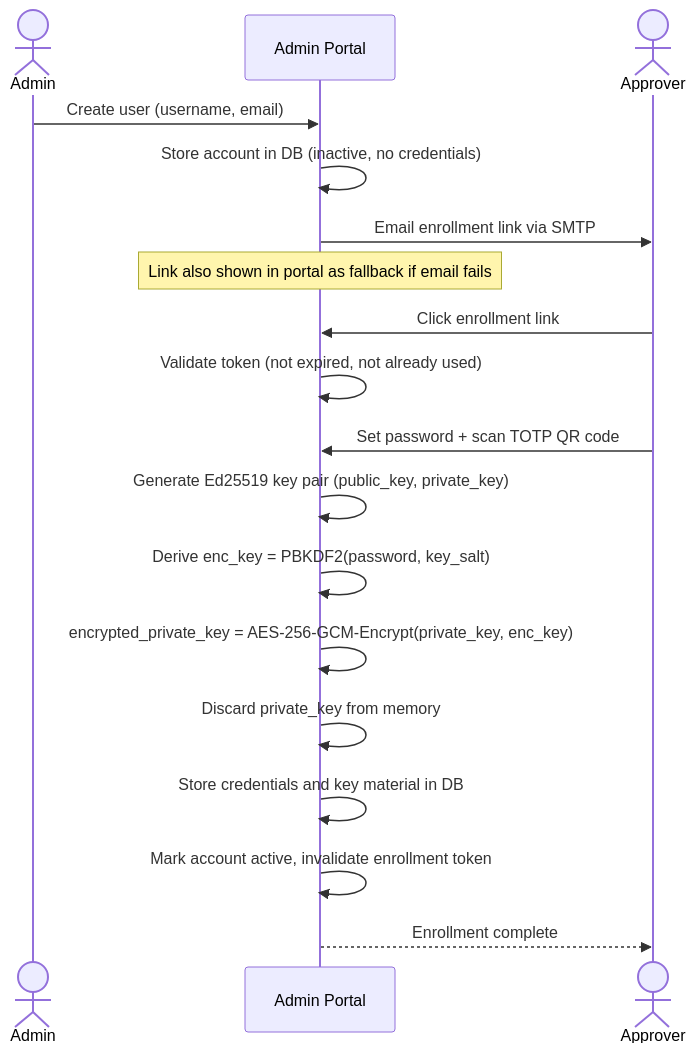
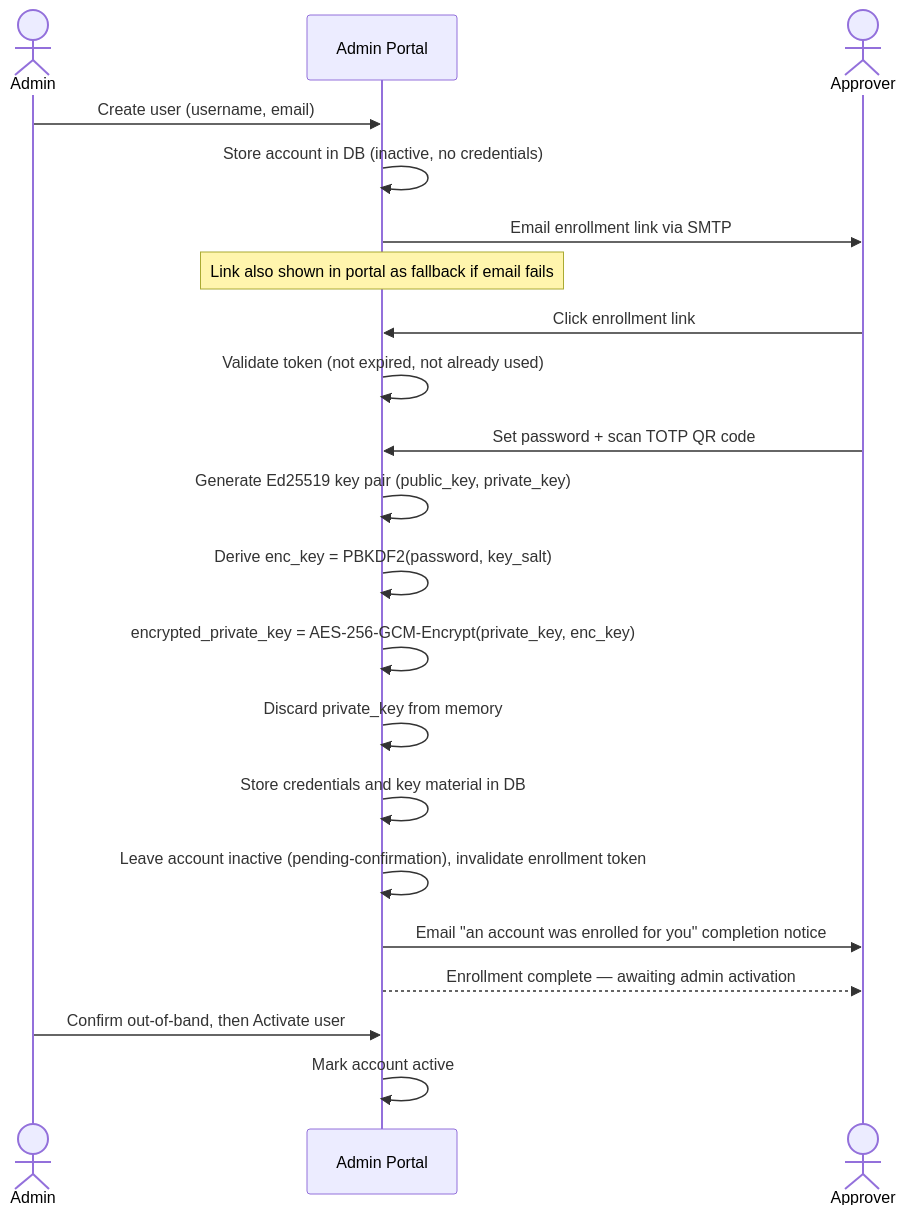
The diagram in docs/account-management.md (Ian-Costa18/Cybersecurity-Practicum), drawn with Mermaid before and after one commit. The commit also changed other lines of this file and 7 other files, not shown here.

First line of the commit message:
feat(accounts): out-of-band enrollment activation, IDENT-2 → ① (#128)

````diff
--- a/docs/account-management.md
+++ b/docs/account-management.md
@@ -96,21 +96,24 @@
 ```mermaid
 sequenceDiagram
     actor Admin
     participant Portal as Admin Portal
     actor Approver
 
     Admin->>Portal: Create user (username, email)
     Portal->>Portal: Store account in DB (inactive, no credentials)
     Portal->>Approver: Email enrollment link via SMTP
     Note over Portal: Link also shown in portal as fallback if email fails
     Approver->>Portal: Click enrollment link
     Portal->>Portal: Validate token (not expired, not already used)
     Approver->>Portal: Set password + scan TOTP QR code
     Portal->>Portal: Generate Ed25519 key pair (public_key, private_key)
     Portal->>Portal: Derive enc_key = PBKDF2(password, key_salt)
     Portal->>Portal: encrypted_private_key = AES-256-GCM-Encrypt(private_key, enc_key)
     Portal->>Portal: Discard private_key from memory
     Portal->>Portal: Store credentials and key material in DB
-    Portal->>Portal: Mark account active, invalidate enrollment token
-    Portal-->>Approver: Enrollment complete
+    Portal->>Portal: Leave account inactive (pending-confirmation), invalidate enrollment token
+    Portal->>Approver: Email "an account was enrolled for you" completion notice
+    Portal-->>Approver: Enrollment complete — awaiting admin activation
+    Admin->>Portal: Confirm out-of-band, then Activate user
+    Portal->>Portal: Mark account active
 ```
````
